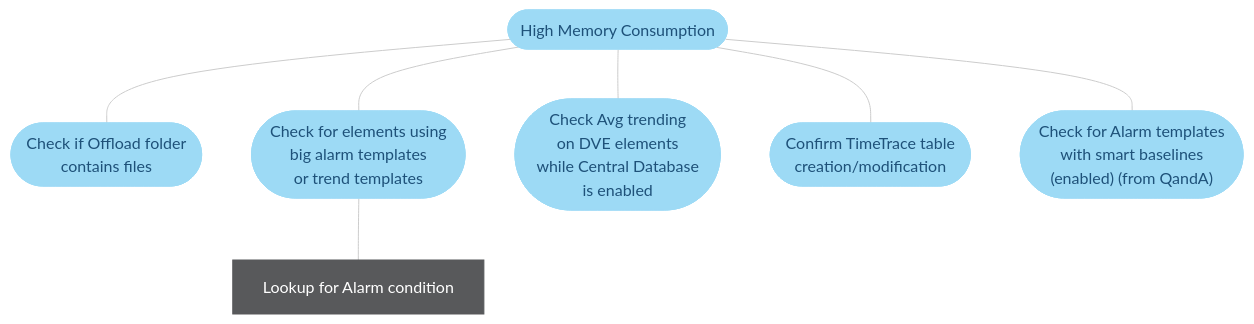
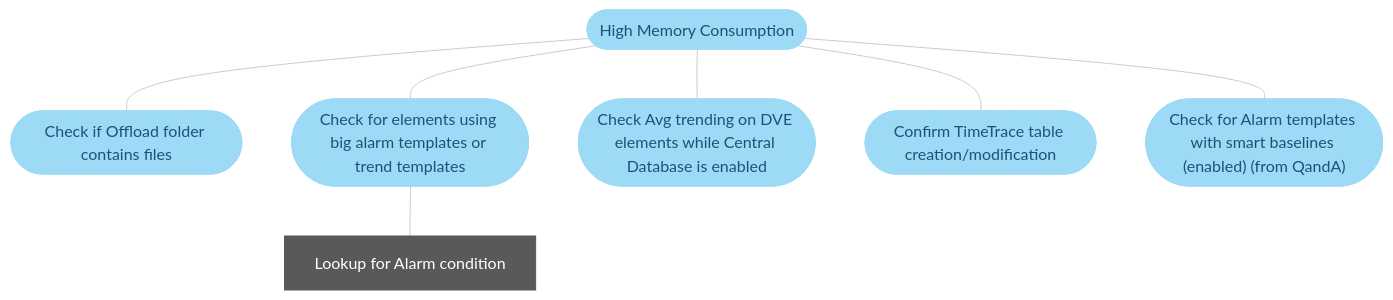
One commit to SkylineCommunications/dataminer-docs changed the second of 5 diagrams in user-guide/Troubleshooting/Troubleshooting_Flowcharts/Troubleshooting_Process_Identification/Database_processes/Troubleshooting_SLDataGateway_exe.md. Above: the diagram before and after it, drawn with Mermaid (neutral theme). The commit also changed other lines of this file and 21 other files, not shown here.

````diff
--- a/user-guide/Troubleshooting/Troubleshooting_Flowcharts/Troubleshooting_Process_Identification/Database_processes/Troubleshooting_SLDataGateway_exe.md
+++ b/user-guide/Troubleshooting/Troubleshooting_Flowcharts/Troubleshooting_Process_Identification/Database_processes/Troubleshooting_SLDataGateway_exe.md
@@ -66,39 +66,39 @@
 ```mermaid
 flowchart TD
 %% -------------------------------------------------------------------------
 %% Cassandra flowchart - Nodetool Status
 %% -------------------------------------------------------------------------
 %% -------------------------------------------------------------------------
 %% Define styles
 %% -------------------------------------------------------------------------
 linkStyle default stroke:#cccccc
 classDef classAction fill:#dddddd,stroke:#dddddd,color:#1E5179,stroke-width:1px;
 classDef classActionClickable fill:#999999,stroke:#999999,color:#ffffff,stroke-width:1px;
 classDef classDecision fill:#4baeea,stroke:#4baeea,color:#ffffff,stroke-width:1px;
 classDef classExternalRef fill:#9ddaf5,stroke:#9ddaf5,color:#1E5179,stroke-width:1px;
 classDef classSolution fill:#58595b,stroke:#58595b,color:#ffffff,stroke-width:1px;
 classDef classTerminal fill:#1e5179,stroke:#1e5179,color:#ffffff,stroke-width:1px;
 %% -------------------------------------------------------------------------
 %% flowchart structure
 %% -------------------------------------------------------------------------
 Action_HighMemory([High Memory Consumption]):::classExternalRef
-Action_OffloadFolder([Check if Offload folder <br>contains files]):::classExternalRef
-Action_ElementsBigAlarms([Check for elements using<br> big alarm templates <br>or trend templates]):::classExternalRef
+Action_OffloadFolder([Check if Offload folder contains files]):::classExternalRef
+Action_ElementsBigAlarms([Check for elements using big alarm templates or trend templates]):::classExternalRef
 Action_AlarmCondition[Lookup for Alarm condition]:::classSolution
-Action_CheckAVGtrending([Check Avg trending <br>on DVE elements<br> while Central Database <br>is enabled]):::classExternalRef
-Action_TimetraceTable(["Confirm TimeTrace table <br>creation/modification"]):::classExternalRef
-Action_AlarmTemplates(["Check for Alarm templates<br> with smart baselines <br>(enabled) (from QandA)"]):::classExternalRef
+Action_CheckAVGtrending([Check Avg trending on DVE elements while Central Database is enabled]):::classExternalRef
+Action_TimetraceTable(["Confirm TimeTrace table creation/modification"]):::classExternalRef
+Action_AlarmTemplates(["Check for Alarm templates with smart baselines (enabled) (from QandA)"]):::classExternalRef
     Action_HighMemory --- Action_OffloadFolder
     Action_HighMemory --- Action_ElementsBigAlarms --- Action_AlarmCondition
     Action_HighMemory --- Action_CheckAVGtrending
     Action_HighMemory --- Action_TimetraceTable
     Action_HighMemory --- Action_AlarmTemplates
 %% -------------------------------------------------------------------------
 %% all blocks terminating at a common End?
 %% -------------------------------------------------------------------------
 %% -------------------------------------------------------------------------
 %% Define hyperlinks %%
 %% -------------------------------------------------------------------------
 click HOME "/user-guide/Troubleshooting/Troubleshooting_Flowcharts/Finding_a_Root_Cause.html"
 %% -------------------------------------------------------------------------
 ```
````
